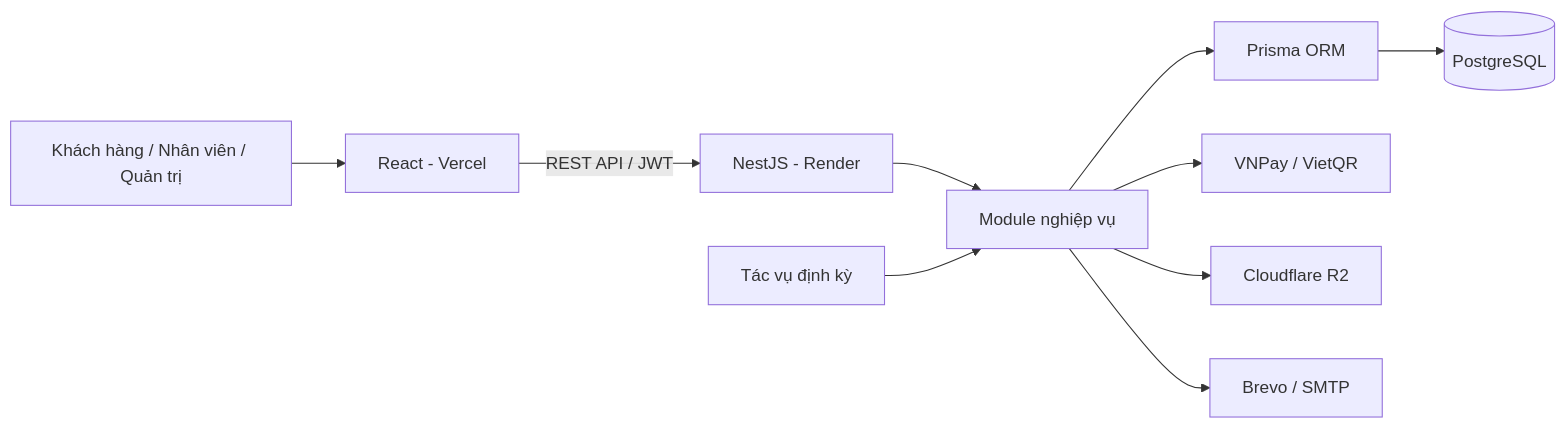
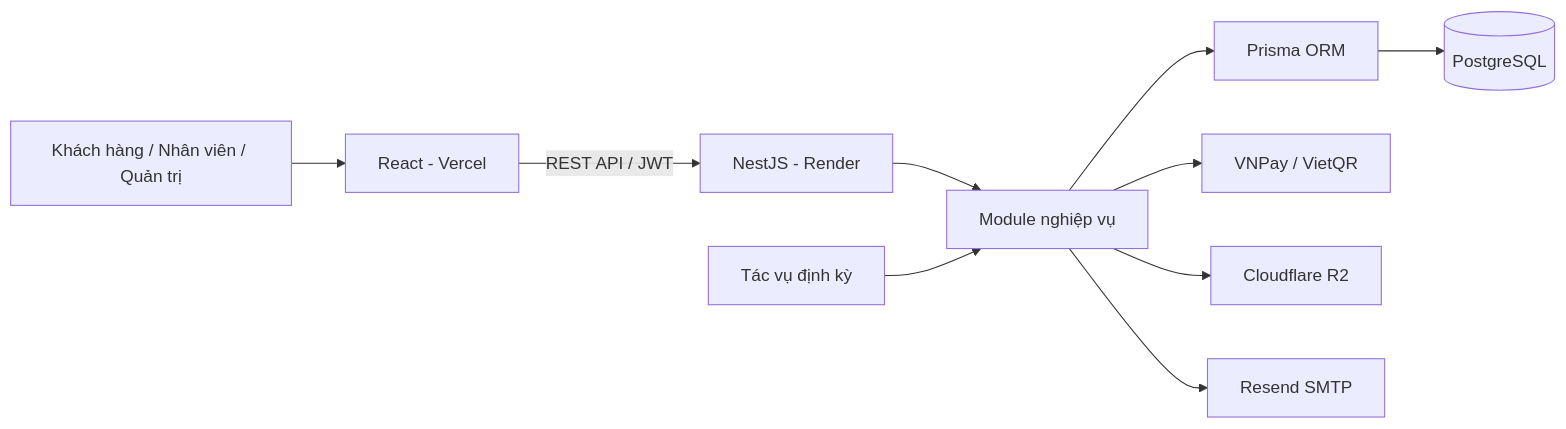
Before and after one commit to NguyenNguyen0210/PhoneShop: the diagram in README.md, drawn with Mermaid. The commit also changed other lines of this file and 9 other files, not shown here.

Commit message:
feat(email): migrate from Brevo to Resend SMTP for email delivery

````diff
--- a/README.md
+++ b/README.md
@@ -86,12 +86,12 @@
 ```mermaid
 flowchart LR
     User[Khách hàng / Nhân viên / Quản trị] --> Web[React - Vercel]
     Web -->|REST API / JWT| API[NestJS - Render]
     API --> Domain[Module nghiệp vụ]
     Jobs[Tác vụ định kỳ] --> Domain
     Domain --> Prisma[Prisma ORM]
     Prisma --> DB[(PostgreSQL)]
     Domain --> Payment[VNPay / VietQR]
     Domain --> Storage[Cloudflare R2]
-    Domain --> Email[Brevo / SMTP]
+    Domain --> Email[Resend SMTP]
 ```
````
